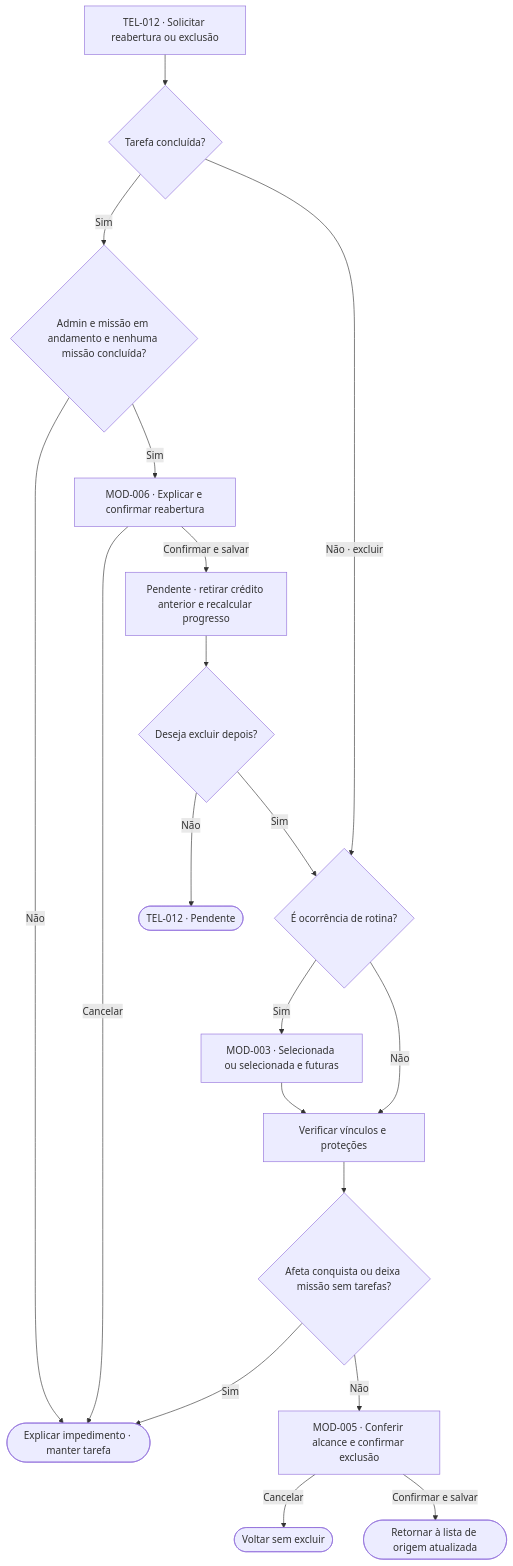
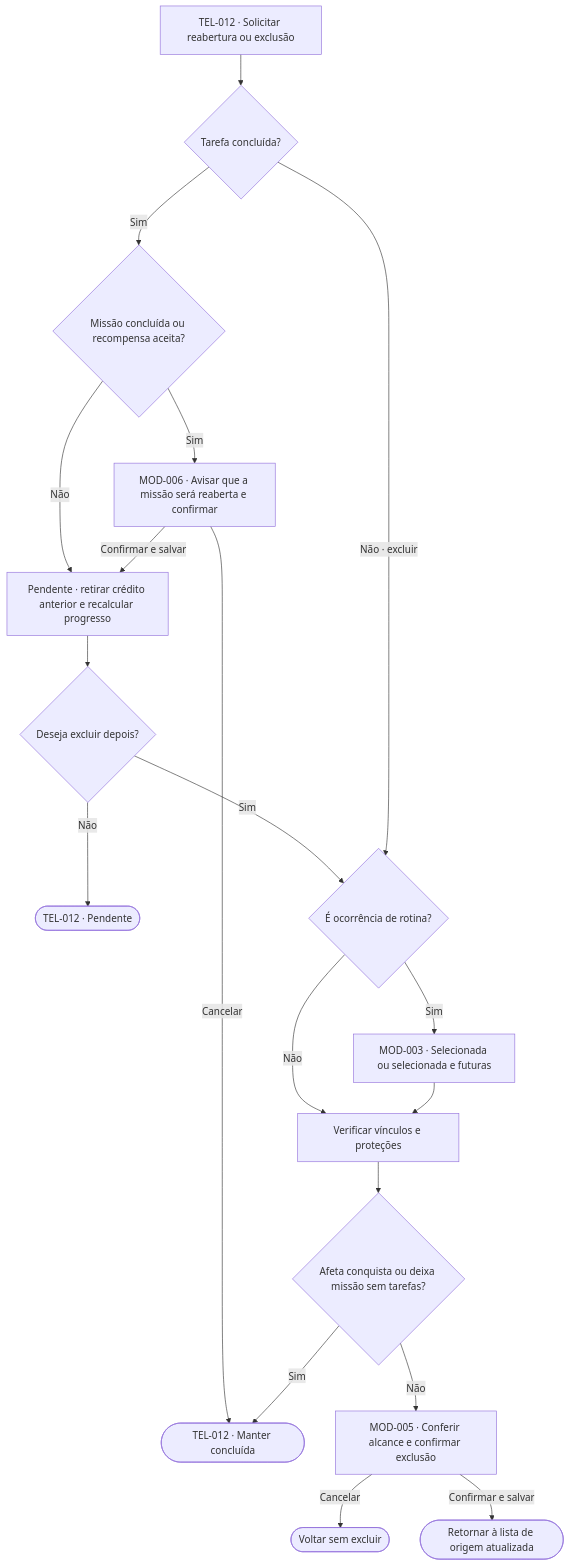
Before and after one commit to lizandramalta/App-Rotina-Familiar: the eighth of 16 diagrams in docs/design/user-flows.md, drawn with Mermaid. The commit also changed other lines of this file and 15 other files, not shown here.

````diff
--- a/docs/design/user-flows.md
+++ b/docs/design/user-flows.md
@@ -320,21 +312,21 @@
 ```mermaid
 flowchart TD
     A["TEL-012 · Solicitar reabertura ou exclusão"] --> B{"Tarefa concluída?"}
-    B -->|Sim| C{"Admin e missão em andamento e nenhuma missão concluída?"}
-    C -->|Não| D(["Explicar impedimento · manter tarefa"])
-    C -->|Sim| E["MOD-006 · Explicar e confirmar reabertura"]
-    E -->|Cancelar| D
-    E -->|Confirmar e salvar| F["Pendente · retirar crédito anterior e recalcular progresso"]
+    B -->|Sim| C{"Missão concluída ou recompensa aceita?"}
+    C -->|Não| F["Pendente · retirar crédito anterior e recalcular progresso"]
+    C -->|Sim| E["MOD-006 · Avisar que a missão será reaberta e confirmar"]
+    E -->|Cancelar| D(["TEL-012 · Manter concluída"])
+    E -->|Confirmar e salvar| F
     F --> G{"Deseja excluir depois?"}
     G -->|Não| H(["TEL-012 · Pendente"])
     G -->|Sim| I{"É ocorrência de rotina?"}
     B -->|Não · excluir| I
     I -->|Sim| J["MOD-003 · Selecionada ou selecionada e futuras"]
     I -->|Não| K["Verificar vínculos e proteções"]
     J --> K
     K --> L{"Afeta conquista ou deixa missão sem tarefas?"}
     L -->|Sim| D
     L -->|Não| M["MOD-005 · Conferir alcance e confirmar exclusão"]
     M -->|Cancelar| N(["Voltar sem excluir"])
     M -->|Confirmar e salvar| O(["Retornar à lista de origem atualizada"])
 ```
````
